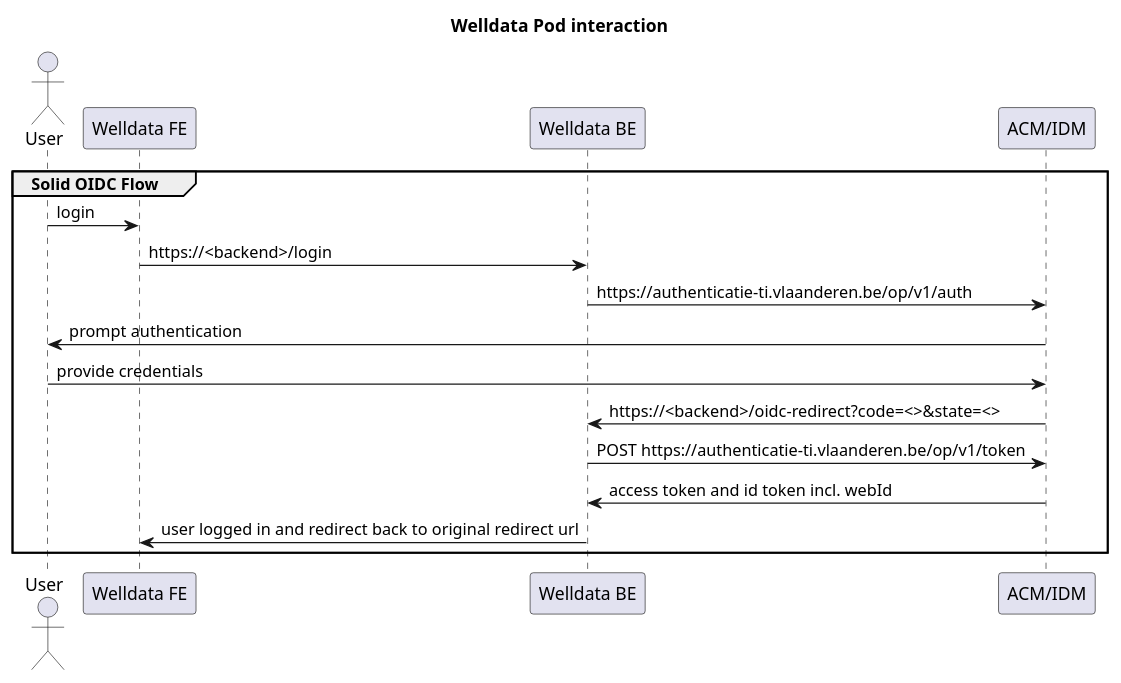
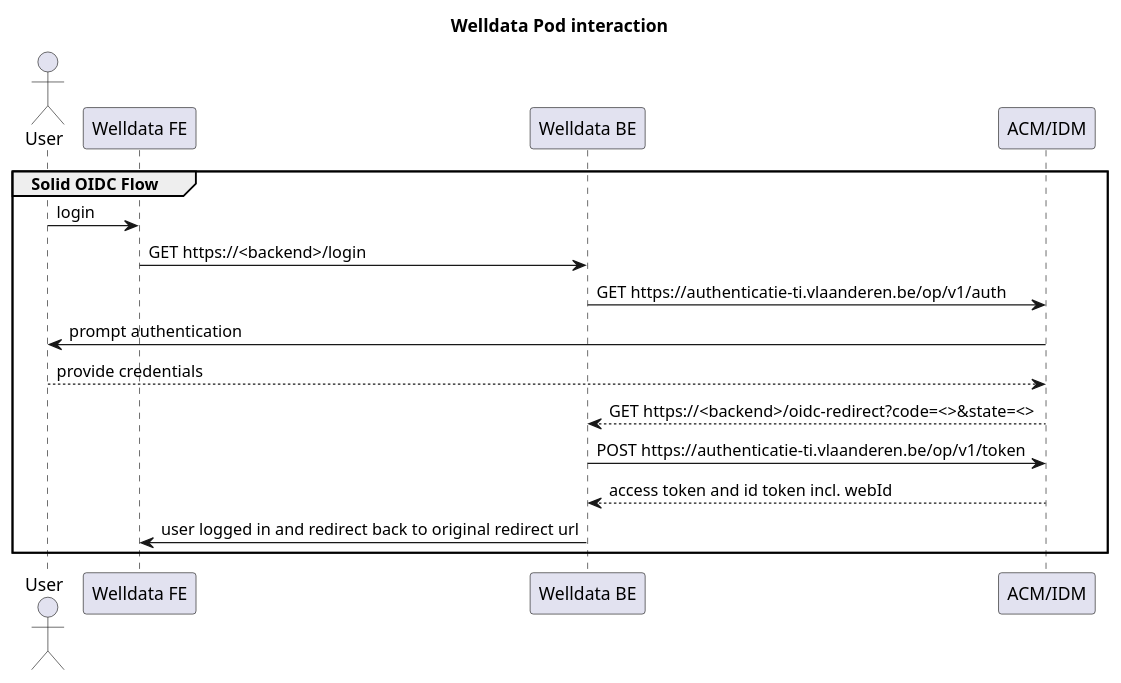
One commit to GIDSOpenStandaarden/welldata-implementation-guide changed the diagram in input/images-source/solid-oidc.plantuml. Above: the diagram before and after it, drawn with PlantUML. The commit also changed 2 other files, not shown here.

Commit message:
Update PlantUML diagrams to use HTTP method annotations
Revised PlantUML sequence diagrams to explicitly specify HTTP methods (e.g., GET, POST) for better clarity and alignment with standard conventions. Also updated arrow styles to accurately reflect synchronous and asynchronous message flows.

```diff
--- a/input/images-source/solid-oidc.plantuml
+++ b/input/images-source/solid-oidc.plantuml
@@ -1,22 +1,22 @@
 @startuml
 title Welldata Pod interaction
 actor "User" as user
 participant "Welldata FE" as welldataFE
 participant "Welldata BE" as welldataBE
 participant "ACM/IDM" as acm
-  
-  
+
+
 group Solid OIDC Flow
   user->welldataFE: login
- 
-  welldataFE->welldataBE: https://<backend>/login
-  welldataBE->acm: https://authenticatie-ti.vlaanderen.be/op/v1/auth
+
+  welldataFE->welldataBE: GET https://<backend>/login
+  welldataBE->acm: GET https://authenticatie-ti.vlaanderen.be/op/v1/auth
   acm->user:prompt authentication
-  user->acm: provide credentials
-  acm->welldataBE: https://<backend>/oidc-redirect?code=<>&state=<>
+  user-->acm: provide credentials
+  acm-->welldataBE: GET https://<backend>/oidc-redirect?code=<>&state=<>
   welldataBE->acm: POST https://authenticatie-ti.vlaanderen.be/op/v1/token
-  acm->welldataBE: access token and id token incl. webId
+  acm-->welldataBE: access token and id token incl. webId
   welldataBE->welldataFE: user logged in and redirect back to original redirect url
-   
+
 end
 @enduml
```
